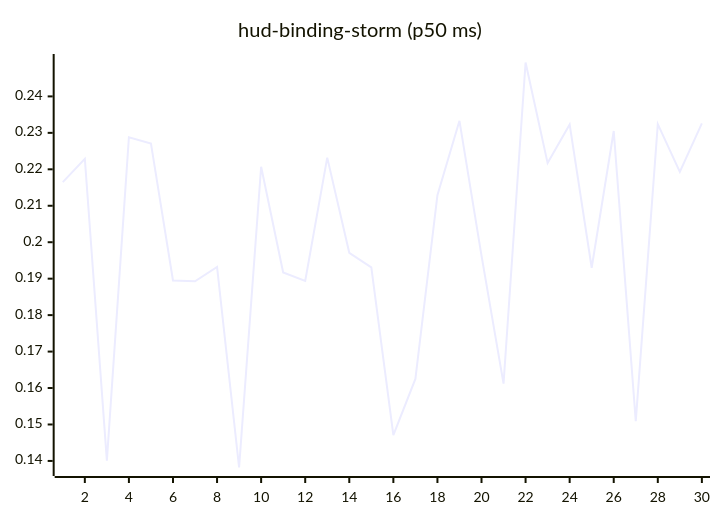
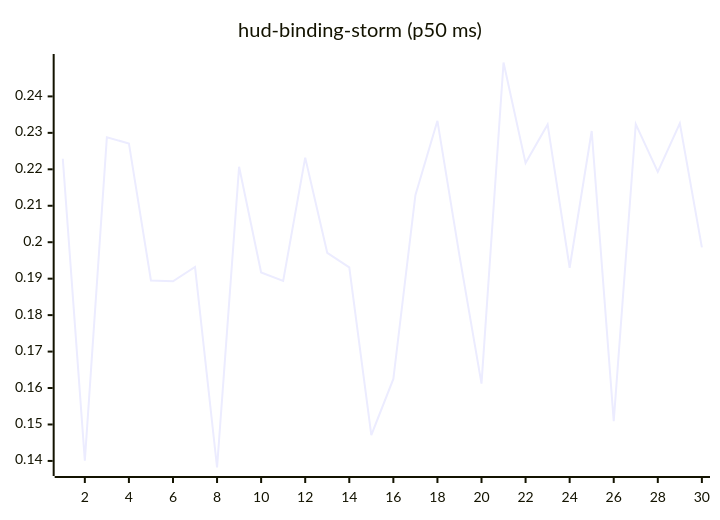
Before and after one commit to josha/Facet: the tenth of 27 diagrams in README.md, drawn with Mermaid. The commit also changed other lines of this file and 2 other files, not shown here.

````diff
--- a/README.md
+++ b/README.md
@@ -126,6 +126,6 @@
 ```mermaid
 xychart-beta
     title "hud-binding-storm (p50 ms)"
     x-axis 1 --> 30
-    line [0.2165, 0.2229, 0.1401, 0.2288, 0.2271, 0.1895, 0.1893, 0.1932, 0.1382, 0.2207, 0.1917, 0.1894, 0.2232, 0.1971, 0.1931, 0.1471, 0.1625, 0.2129, 0.2333, 0.1963, 0.1612, 0.2493, 0.2217, 0.2323, 0.1930, 0.2305, 0.1509, 0.2324, 0.2193, 0.2326]
+    line [0.2229, 0.1401, 0.2288, 0.2271, 0.1895, 0.1893, 0.1932, 0.1382, 0.2207, 0.1917, 0.1894, 0.2232, 0.1971, 0.1931, 0.1471, 0.1625, 0.2129, 0.2333, 0.1963, 0.1612, 0.2493, 0.2217, 0.2323, 0.1930, 0.2305, 0.1509, 0.2324, 0.2193, 0.2326, 0.1986]
 ```
````
